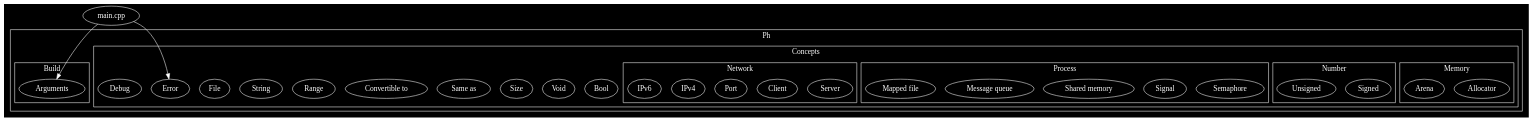
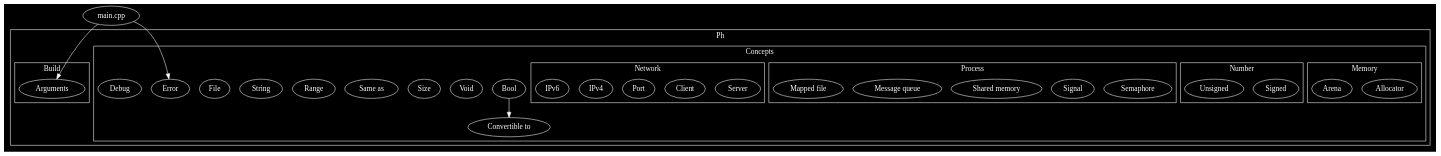
Before and after one commit to phiwen96/ph: the first of 9 diagrams in README.md, drawn with Graphviz. The commit also changed 2 other files, not shown here.

````diff
--- a/README.md
+++ b/README.md
@@ -35,5 +35,5 @@
 ```graphviz
-digraph G 
+digraph G
 {
 	compound=true;
 	graph [bgcolor=black fontcolor=white color=white];
@@ -43,19 +43,22 @@
 	subgraph cluster0
 	{
 		label = "Ph"
+		URL = "https://github.com/phiwen96/ph/blob/0.0.0/Ph.cpp"
 
 		subgraph cluster00 
 		{
+			URL = "google.com"
 			label = "Concepts"
 
-			"Bool"
+			"Convertible to" [URL = "https://github.com/phiwen96/ph/blob/0.0.0/Convertible_to.cpp"]
+			"Bool" -> "Convertible to" [URL = "https://github.com/phiwen96/ph/blob/0.0.0/Bool.cpp"]
 			"Void"
 			"Size"
 			
-			"Server"
+			"Server" 
 			
 			"Same as"
-			"Convertible to"
+			
 			"Range"
 			
 
````
